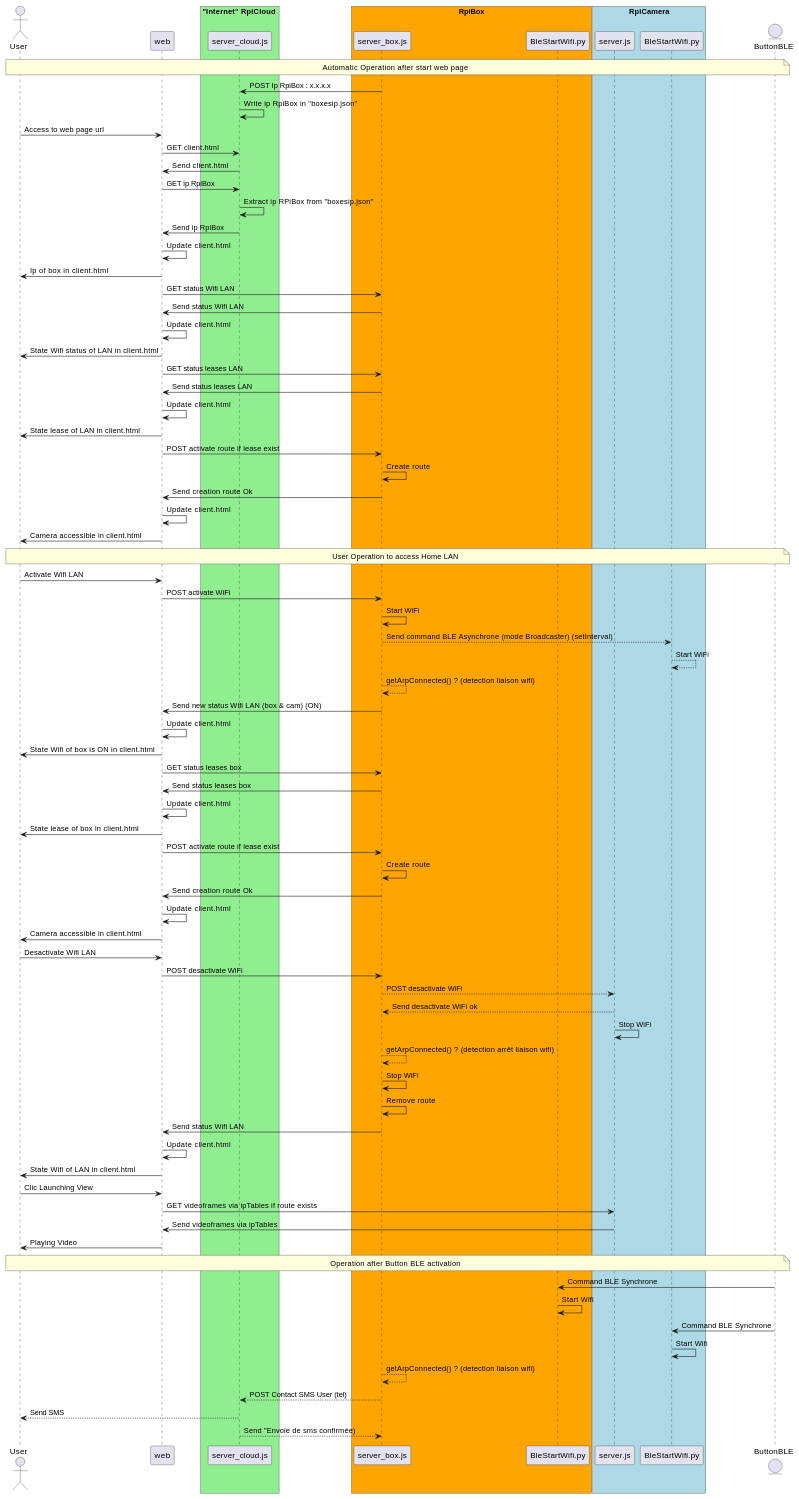
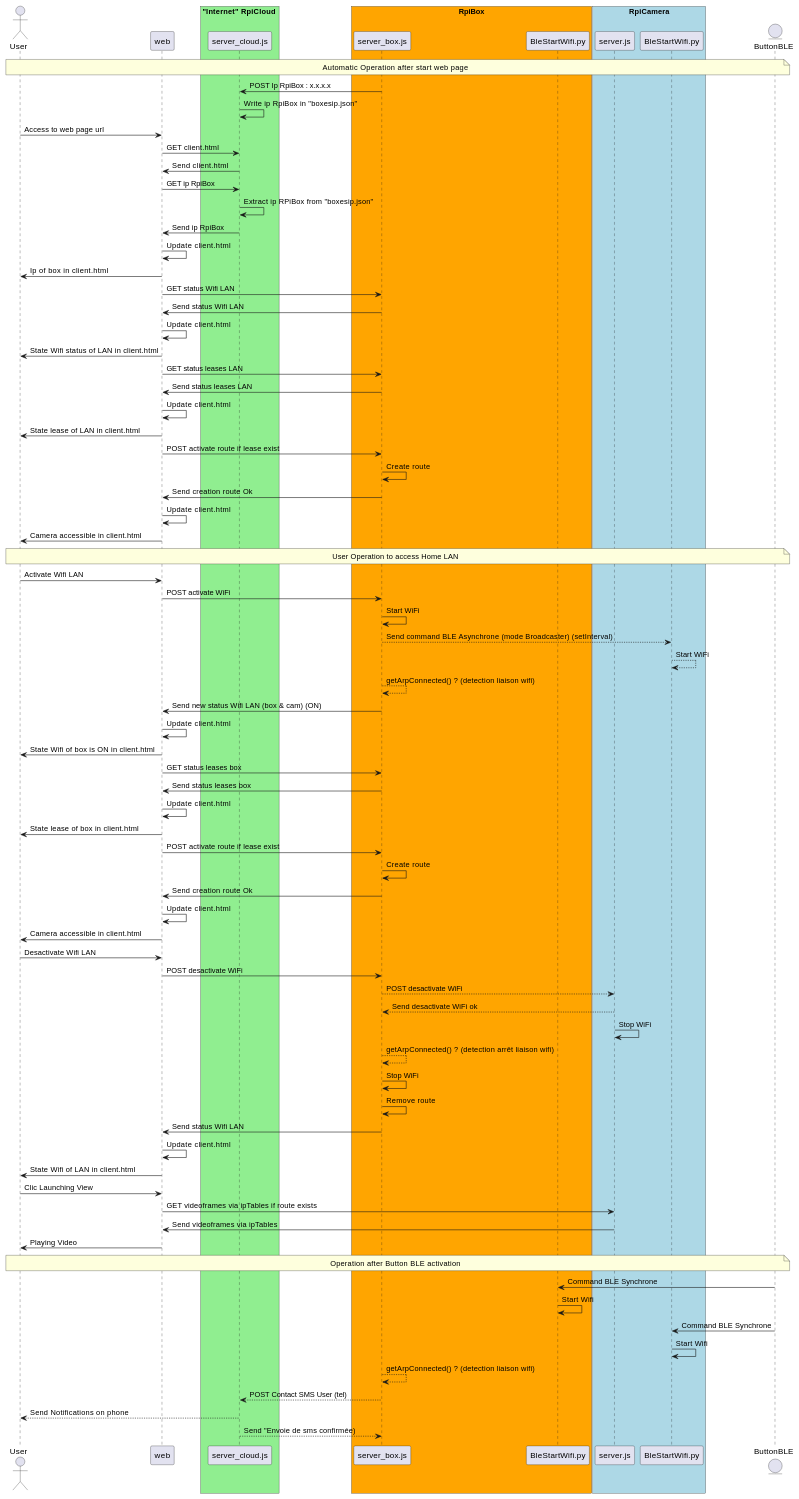
Before and after one commit to Nicolas44Hernandez/GreenHomeLan_RpiCloud: the third of 3 diagrams in design.md, drawn with PlantUML. The commit also changed other lines of this file and 3 other files, not shown here.

````diff
--- a/design.md
+++ b/design.md
@@ -185,7 +185,7 @@
 bleCamera -> bleCamera : Start Wifi
 boxsserver --> boxsserver : getArpConnected() ? (detection liaison wifi)
 boxsserver --> cloudserver : POST Contact SMS User (tel)
-cloudserver --> User : Send SMS
+cloudserver --> User : Send Notifications on phone
 cloudserver --> boxsserver : Send "Envoie de sms confirmée)
 @enduml
 ```
````
